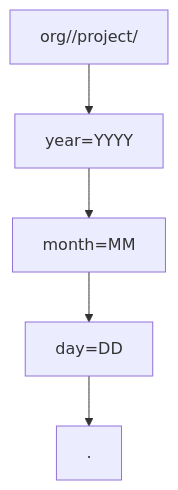
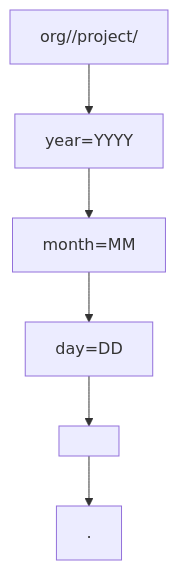
Before and after one commit to FedorovTeam/mono-repo: the second of 2 diagrams in backend/storage-service/diagrams.md, drawn with Mermaid. The commit also changed other lines of this file and 7 other files, not shown here.

````diff
--- a/backend/storage-service/diagrams.md
+++ b/backend/storage-service/diagrams.md
@@ -14,7 +15,8 @@
 ```mermaid
 graph TD
   A[org/<org_slug>/project/<project_slug>] --> B[year=YYYY]
   B --> C[month=MM]
   C --> D[day=DD]
-  D --> E[<document_id>.<ext>]
+  D --> E[<uuid>]
+  E --> F[<document_id>.<ext>]
 ```
````
